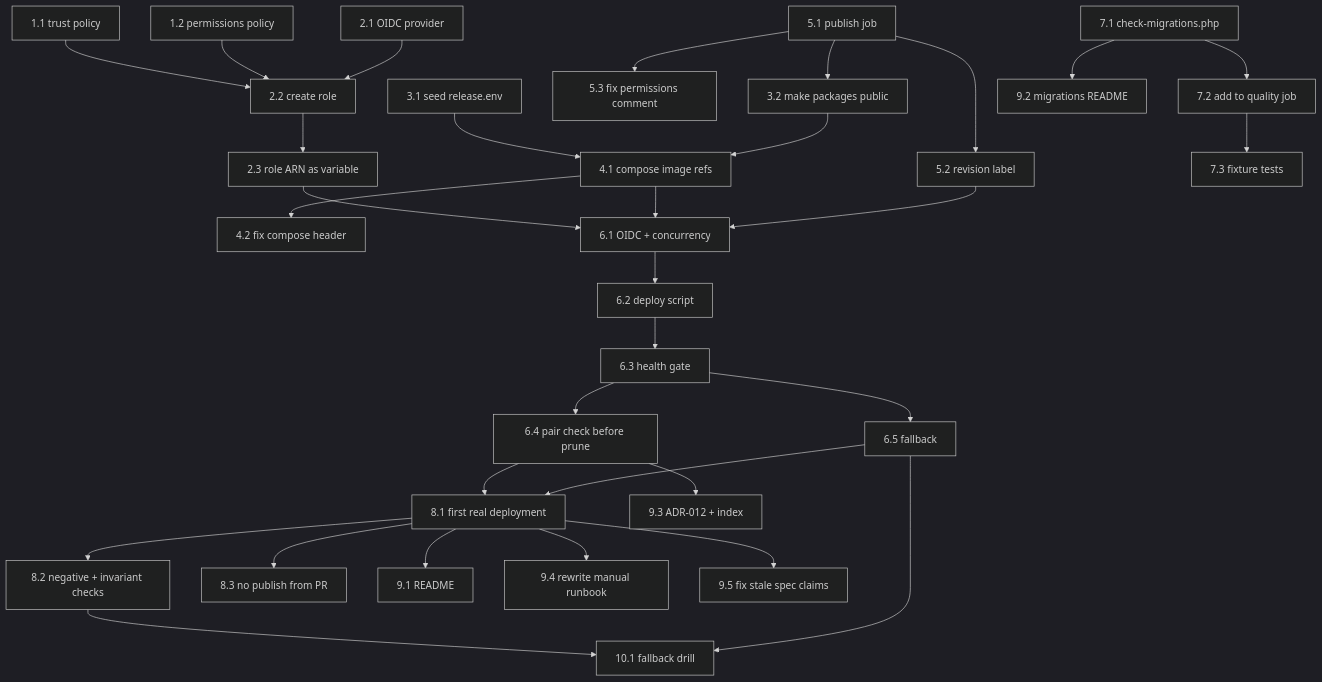
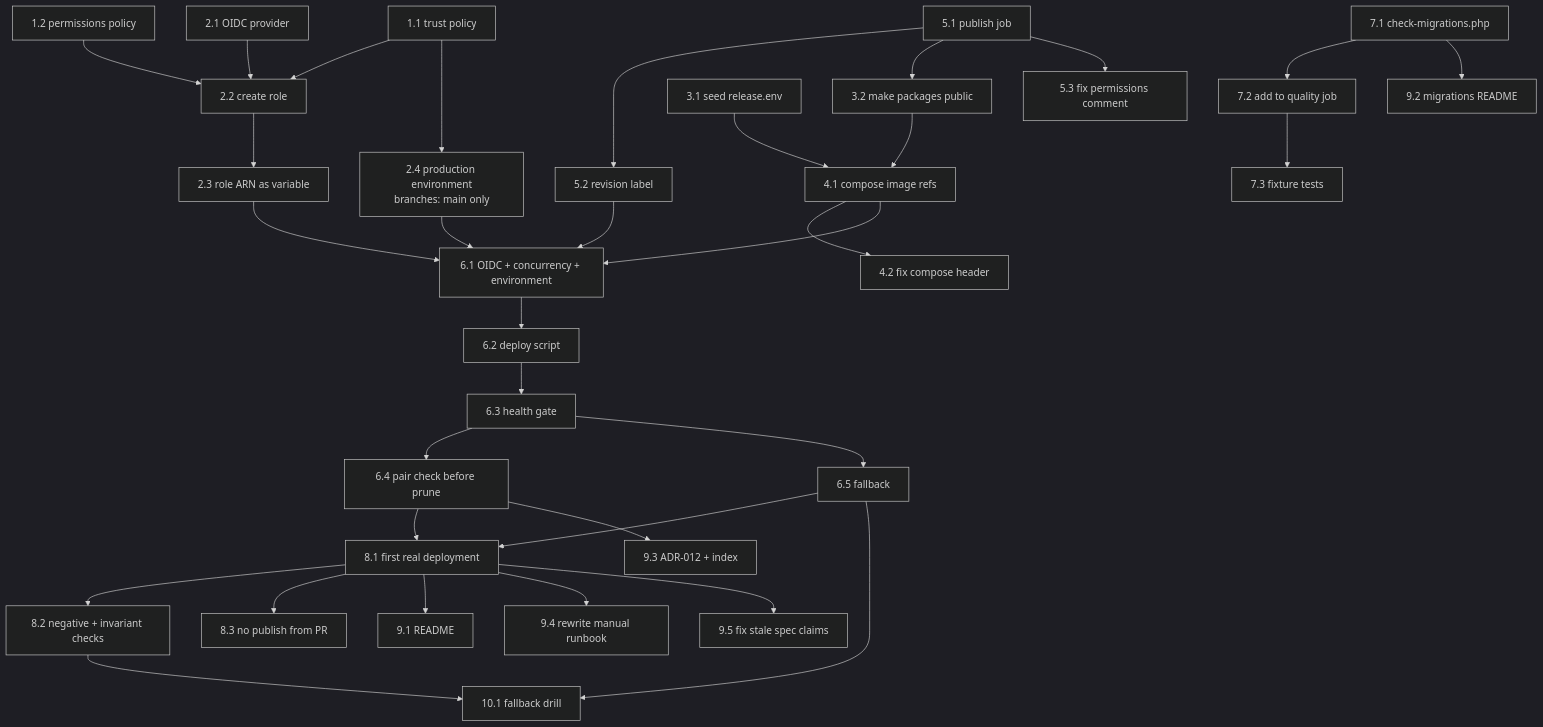
Before and after one commit to mirkovicUK/TIC-TAC-TOE: the diagram in .kiro/specs/continuous-deployment/tasks.md, drawn with Mermaid (dark theme). The commit also changed other lines of this file and 3 other files, not shown here.

````diff
--- a/.kiro/specs/continuous-deployment/tasks.md
+++ b/.kiro/specs/continuous-deployment/tasks.md
@@ -172,40 +180,42 @@
 ```mermaid
 flowchart TD
     T11["1.1 trust policy"] --> T22["2.2 create role"]
     T12["1.2 permissions policy"] --> T22
     T21["2.1 OIDC provider"] --> T22
     T22 --> T23["2.3 role ARN as variable"]
+    T11 --> T24["2.4 production environment<br/>branches: main only"]
 
     T51["5.1 publish job"] --> T52["5.2 revision label"]
     T51 --> T32["3.2 make packages public"]
     T51 --> T53["5.3 fix permissions comment"]
 
     T31["3.1 seed release.env"] --> T41["4.1 compose image refs"]
     T32 --> T41
     T41 --> T42["4.2 fix compose header"]
 
-    T23 --> T61["6.1 OIDC + concurrency"]
+    T23 --> T61["6.1 OIDC + concurrency + environment"]
+    T24 --> T61
     T41 --> T61
     T52 --> T61
     T61 --> T62["6.2 deploy script"]
     T62 --> T63["6.3 health gate"]
     T63 --> T64["6.4 pair check before prune"]
     T63 --> T65["6.5 fallback"]
 
     T71["7.1 check-migrations.php"] --> T72["7.2 add to quality job"]
     T72 --> T73["7.3 fixture tests"]
 
     T64 --> T81["8.1 first real deployment"]
     T65 --> T81
     T81 --> T82["8.2 negative + invariant checks"]
     T81 --> T83["8.3 no publish from PR"]
 
     T81 --> T91["9.1 README"]
     T81 --> T94["9.4 rewrite manual runbook"]
     T71 --> T92["9.2 migrations README"]
     T64 --> T93["9.3 ADR-012 + index"]
     T81 --> T95["9.5 fix stale spec claims"]
 
     T82 --> T101["10.1 fallback drill"]
     T65 --> T101
 ```
````
